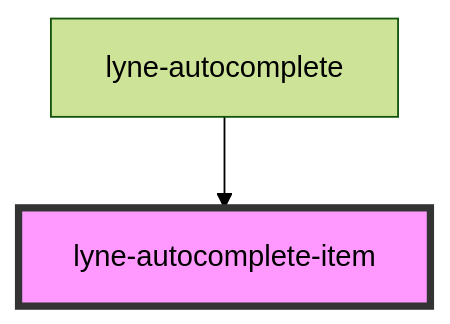
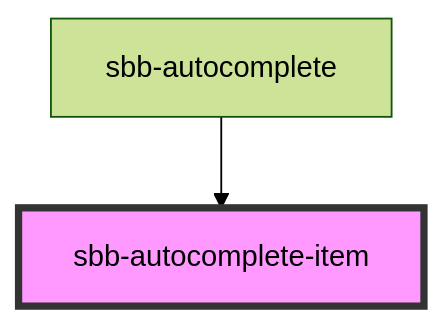
The diagram in src/components/sbb-autocomplete-item/readme.md (sbb-design-systems/lyne-components), drawn with Mermaid (forest theme) before and after one commit. The commit also changed other lines of this file and 348 other files, not shown here.

Commit message:
refactor: 'lyne' prefix renamed to 'sbb'

````diff
--- a/src/components/sbb-autocomplete-item/readme.md
+++ b/src/components/sbb-autocomplete-item/readme.md
@@ -34,5 +34,5 @@
 ```mermaid
 graph TD;
-  lyne-autocomplete --> lyne-autocomplete-item
-  style lyne-autocomplete-item fill:#f9f,stroke:#333,stroke-width:4px
+  sbb-autocomplete --> sbb-autocomplete-item
+  style sbb-autocomplete-item fill:#f9f,stroke:#333,stroke-width:4px
 ```
````
